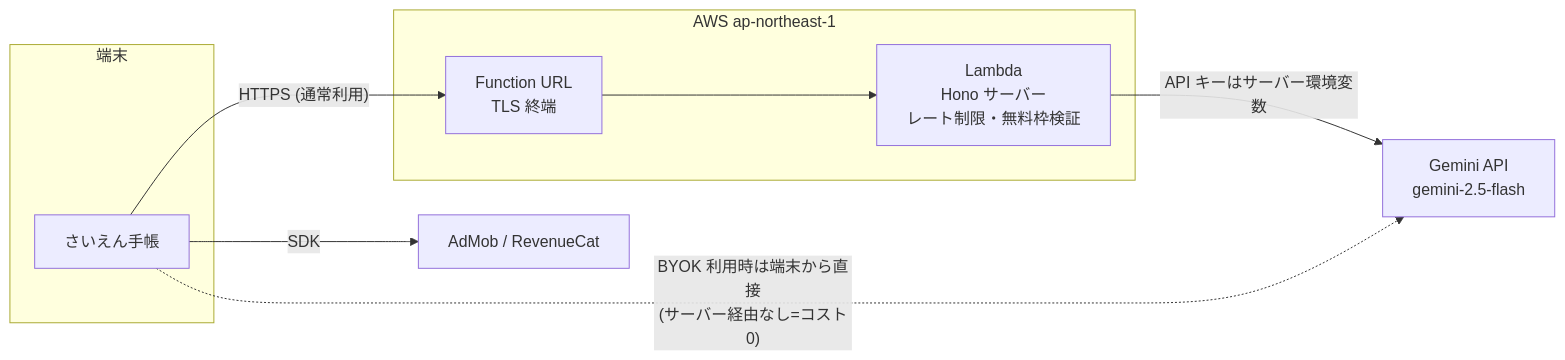
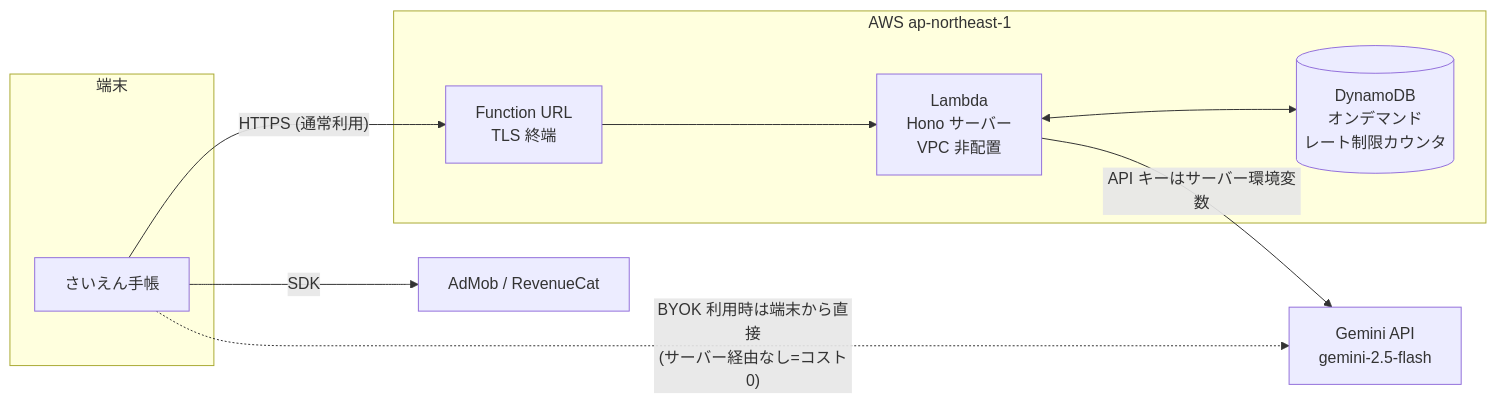
The second of 2 diagrams in docs/インフラ・NW構成設計.md (keisato848/saien-techo), drawn with Mermaid before and after one commit. The commit also changed other lines of this file, not shown here.

````diff
--- a/docs/インフラ・NW構成設計.md
+++ b/docs/インフラ・NW構成設計.md
@@ -38,13 +38,14 @@
 ```mermaid
 graph LR
   subgraph 端末
     A[さいえん手帳]
   end
   subgraph AWS ap-northeast-1
-    F[Function URL<br/>TLS 終端] --> L[Lambda<br/>Hono サーバー<br/>レート制限・無料枠検証]
+    F[Function URL<br/>TLS 終端] --> L[Lambda<br/>Hono サーバー<br/>VPC 非配置]
+    L <--> D[(DynamoDB<br/>オンデマンド<br/>レート制限カウンタ)]
   end
   A -- "HTTPS (通常利用)" --> F
   L -- API キーはサーバー環境変数 --> G[Gemini API<br/>gemini-2.5-flash]
   A -. "BYOK 利用時は端末から直接<br/>(サーバー経由なし=コスト0)" .-> G
   A -- SDK --> M[AdMob / RevenueCat]
 ```
````
